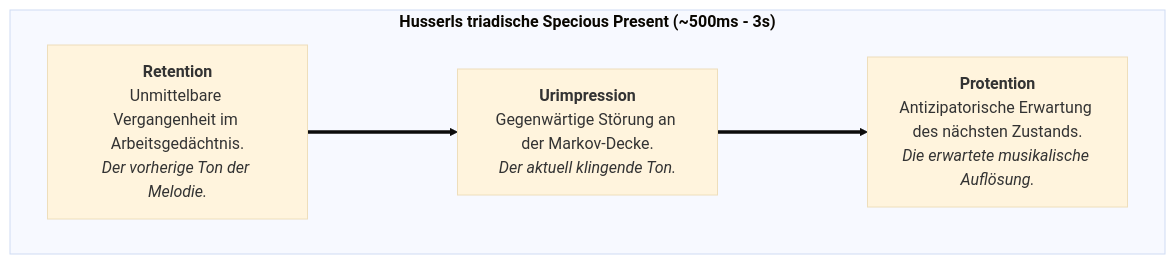
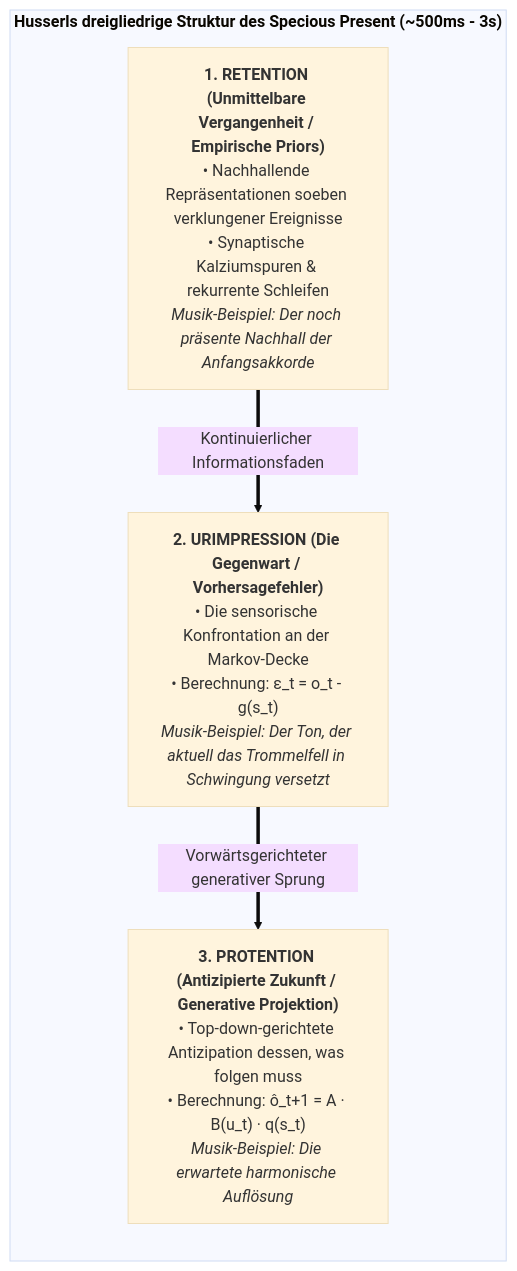
The first of 6 diagrams in book/manuscript_de/06_temporale_mechanik_des_bewusstseins_und_specious_present_de.md (Thriebl/active-inference-phi-network), drawn with Mermaid (base theme) before and after one commit. The commit also changed other lines of this file and 16 other files, not shown here.

````diff
--- a/book/manuscript_de/06_temporale_mechanik_des_bewusstseins_und_specious_present_de.md
+++ b/book/manuscript_de/06_temporale_mechanik_des_bewusstseins_und_specious_present_de.md
@@ -20,10 +27,14 @@
 ```mermaid
-flowchart LR
-    subgraph SPECIOUS_PRESENT["<b>Husserls triadische Specious Present (~500ms - 3s)</b>"]
-        direction LR
-        R["<b>Retention</b><br>Unmittelbare Vergangenheit im Arbeitsgedächtnis.<br><i>Der vorherige Ton der Melodie.</i>"]
-        I["<b>Urimpression</b><br>Gegenwärtige Störung an der Markov-Decke.<br><i>Der aktuell klingende Ton.</i>"]
-        P["<b>Protention</b><br>Antizipatorische Erwartung des nächsten Zustands.<br><i>Die erwartete musikalische Auflösung.</i>"]
-        R ===> I ===> P
+flowchart TD
+    subgraph HUSSERL_TRIAD["<b>Husserls dreigliedrige Struktur des Specious Present (~500ms - 3s)</b>"]
+        direction TB
+        
+        RETENTION["<b>1. RETENTION (Unmittelbare Vergangenheit / Empirische Priors)</b><br>• Nachhallende Repräsentationen soeben verklungener Ereignisse<br>• Synaptische Kalziumspuren & rekurrente Schleifen<br><i>Musik-Beispiel: Der noch präsente Nachhall der Anfangsakkorde</i>"]
+        
+        IMPRESSION["<b>2. URIMPRESSION (Die Gegenwart / Vorhersagefehler)</b><br>• Die sensorische Konfrontation an der Markov-Decke<br>• Berechnung: ε_t = o_t - g(s_t)<br><i>Musik-Beispiel: Der Ton, der aktuell das Trommelfell in Schwingung versetzt</i>"]
+        
+        PROTENTION["<b>3. PROTENTION (Antizipierte Zukunft / Generative Projektion)</b><br>• Top-down-gerichtete Antizipation dessen, was folgen muss<br>• Berechnung: ô_t+1 = A · B(u_t) · q(s_t)<br><i>Musik-Beispiel: Die erwartete harmonische Auflösung</i>"]
+        
+        RETENTION ==>|"Kontinuierlicher Informationsfaden"| IMPRESSION ==>|"Vorwärtsgerichteter generativer Sprung"| PROTENTION
     end
 ```
````
